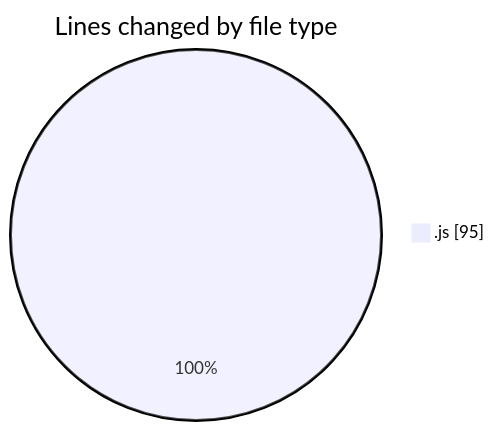
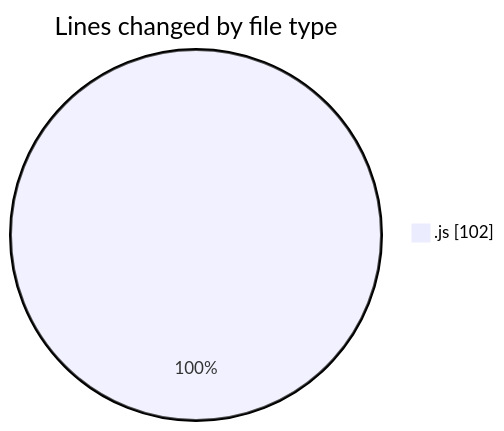
Before and after one commit to jcpc91/code-tracking: the first of 2 diagrams in 2025-05-19/cancelacionsegurosvida/README.md, drawn with Mermaid. The commit also changed other lines of this file and 1 other file, not shown here.

````diff
--- a/2025-05-19/cancelacionsegurosvida/README.md
+++ b/2025-05-19/cancelacionsegurosvida/README.md
@@ -20,5 +20,5 @@
 ```mermaid
 pie showData
 title Lines changed by file type
-".js" : 95
+".js" : 102
 ```
````
